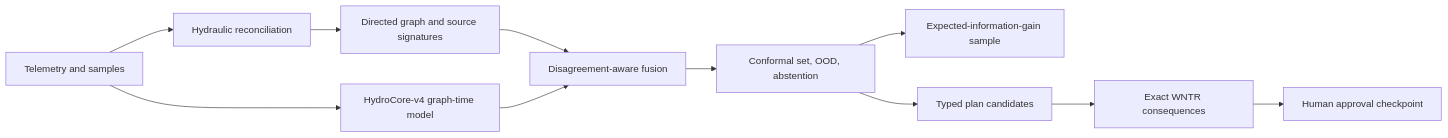
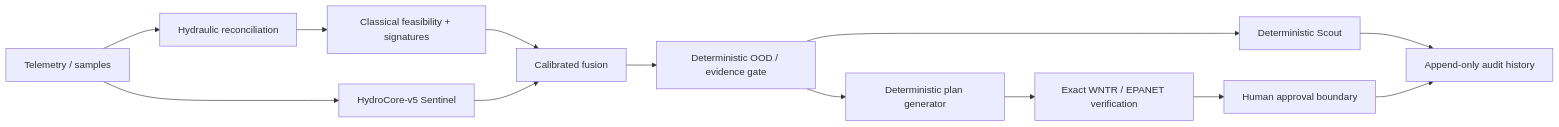
The diagram in README.md (insightlabs38-pixel/HydroSwarm), drawn with Mermaid before and after one commit. The commit also changed other lines of this file and 5 other files, not shown here.

````diff
--- a/README.md
+++ b/README.md
@@ -37,13 +15,15 @@
 ```mermaid
 flowchart LR
-  O["Telemetry and samples"] --> H["Hydraulic reconciliation"]
-  H --> C["Directed graph and source signatures"]
-  O --> N["HydroCore-v4 graph-time model"]
-  C --> F["Disagreement-aware fusion"]
-  N --> F
-  F --> U["Conformal set, OOD, abstention"]
-  U --> S["Expected-information-gain sample"]
-  U --> P["Typed plan candidates"]
-  P --> V["Exact WNTR consequences"]
-  V --> A["Human approval checkpoint"]
+  O["Telemetry / samples"] --> R["Hydraulic reconciliation"]
+  R --> C["Classical feasibility + signatures"]
+  O --> S["HydroCore-v5 Sentinel"]
+  C --> F["Calibrated fusion"]
+  S --> F
+  F --> D["Deterministic OOD / evidence gate"]
+  D --> Q["Deterministic Scout"]
+  D --> P["Deterministic plan generator"]
+  P --> V["Exact WNTR / EPANET verification"]
+  V --> H["Human approval boundary"]
+  Q --> E["Append-only audit history"]
+  H --> E
 ```
````
